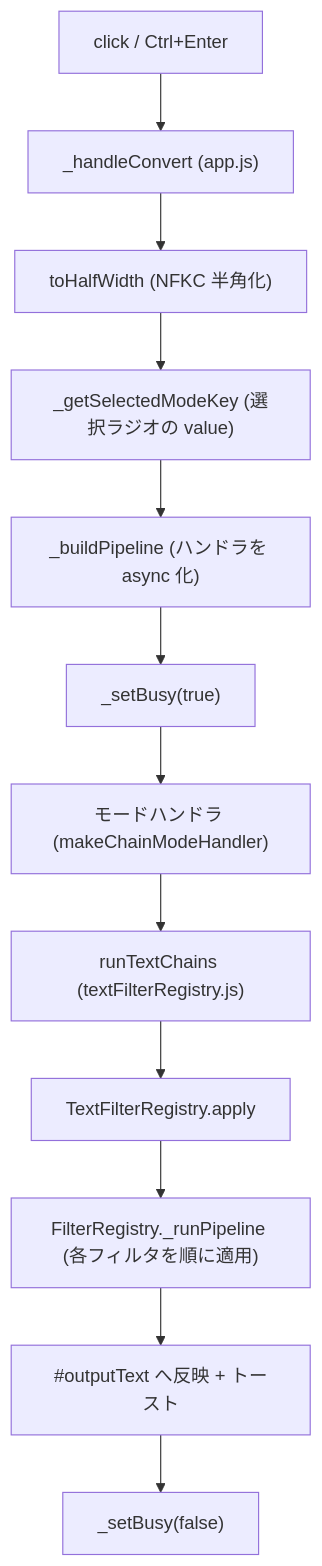
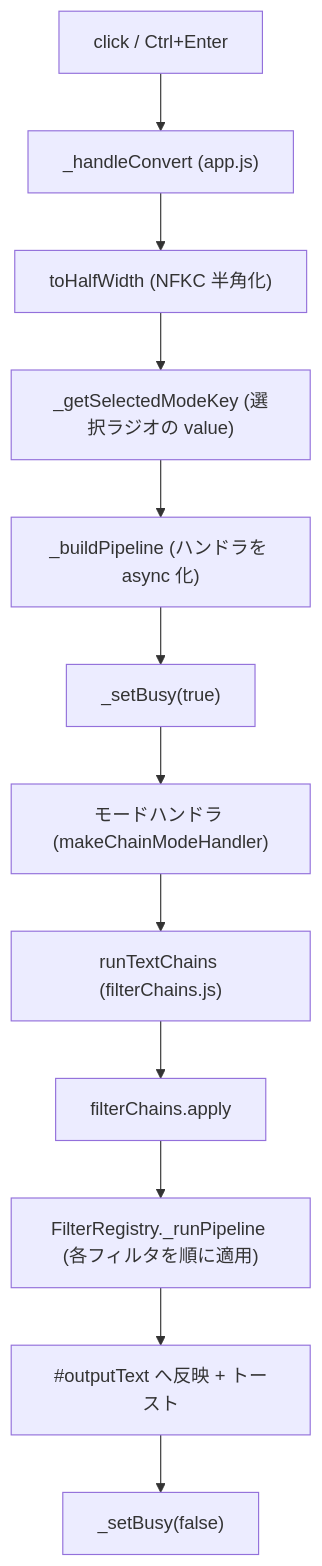
Before and after one commit to tmusimesabaoi4i/Patent_Decision_Document_Converter_v2: the diagram in js/flow.md, drawn with Mermaid. The commit also changed other lines of this file and 2 other files, not shown here.

````diff
--- a/js/flow.md
+++ b/js/flow.md
@@ -39,14 +39,14 @@
 ```mermaid
 flowchart TD
     A["click / Ctrl+Enter"] --> B["_handleConvert (app.js)"]
     B --> C["toHalfWidth (NFKC 半角化)"]
     C --> D["_getSelectedModeKey (選択ラジオの value)"]
     D --> E["_buildPipeline (ハンドラを async 化)"]
     E --> F["_setBusy(true)"]
     F --> G["モードハンドラ (makeChainModeHandler)"]
-    G --> H["runTextChains (textFilterRegistry.js)"]
-    H --> I["TextFilterRegistry.apply"]
+    G --> H["runTextChains (filterChains.js)"]
+    H --> I["filterChains.apply"]
     I --> J["FilterRegistry._runPipeline (各フィルタを順に適用)"]
     J --> K["#outputText へ反映 + トースト"]
     K --> L["_setBusy(false)"]
 ```
````
